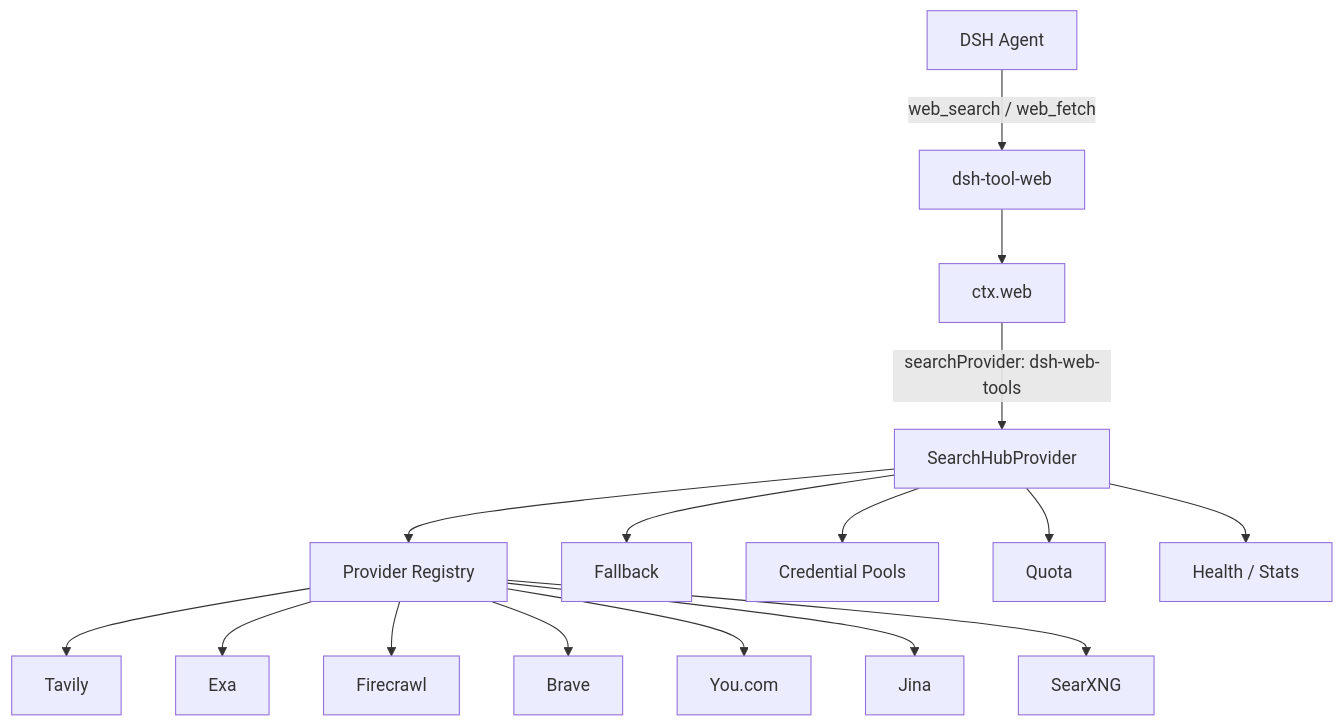
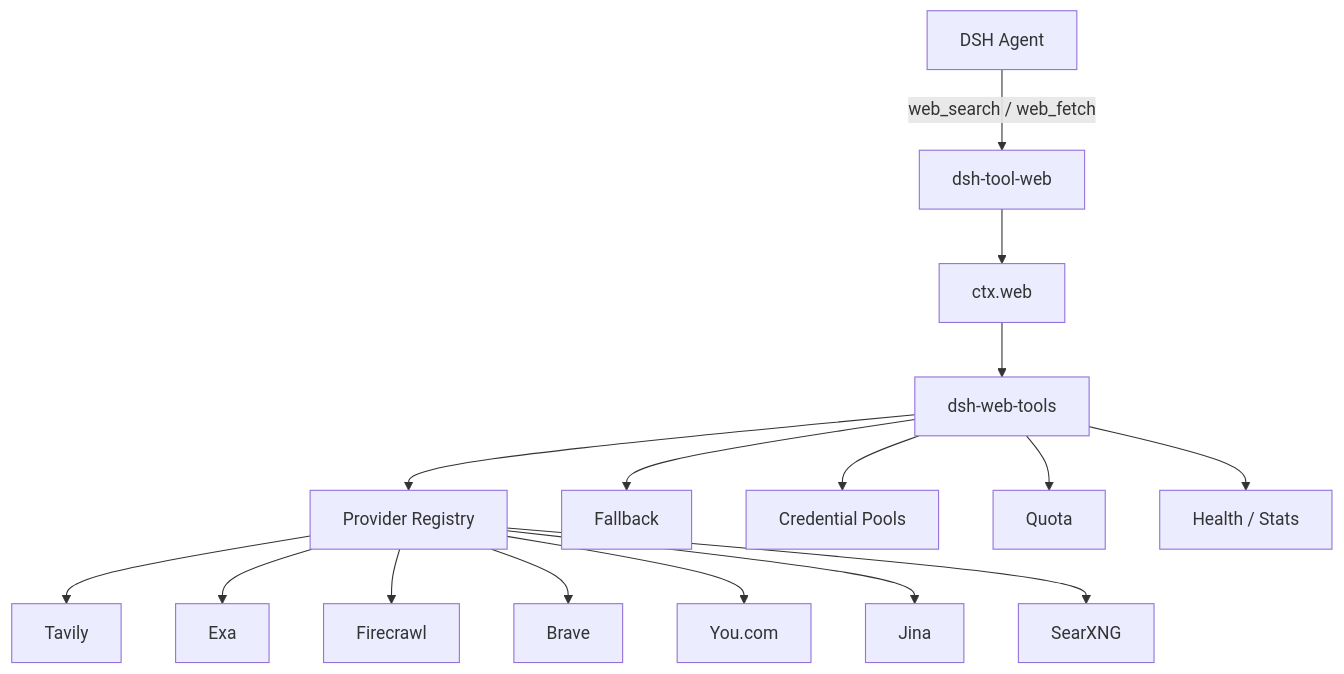
Before and after one commit to A3Boy/dsh-web-tools: the first of 2 diagrams in README.zh-CN.md, drawn with Mermaid. The commit also changed other lines of this file, not shown here.

````diff
--- a/README.zh-CN.md
+++ b/README.zh-CN.md
@@ -207,20 +315,20 @@
 ```mermaid
 flowchart TD
     Agent[DSH Agent] -->|web_search / web_fetch| Tool[dsh-tool-web]
     Tool --> Web[ctx.web]
-    Web -->|searchProvider: dsh-web-tools| Hub[SearchHubProvider]
+    Web --> Hub[dsh-web-tools]
 
     Hub --> Registry[Provider Registry]
-    Hub --> FB[Fallback]
+    Hub --> Fallback[Fallback]
     Hub --> Pools[Credential Pools]
     Hub --> Quota[Quota]
-    Hub --> Health[Health / Stats]
+    Hub --> Stats[Health / Stats]
 
-    Registry --> T[Tavily]
-    Registry --> E[Exa]
-    Registry --> F[Firecrawl]
-    Registry --> B[Brave]
-    Registry --> Y[You.com]
-    Registry --> J[Jina]
-    Registry --> S[SearXNG]
+    Registry --> Tavily
+    Registry --> Exa
+    Registry --> Firecrawl
+    Registry --> Brave
+    Registry --> You[You.com]
+    Registry --> Jina
+    Registry --> SearXNG
 ```
````
